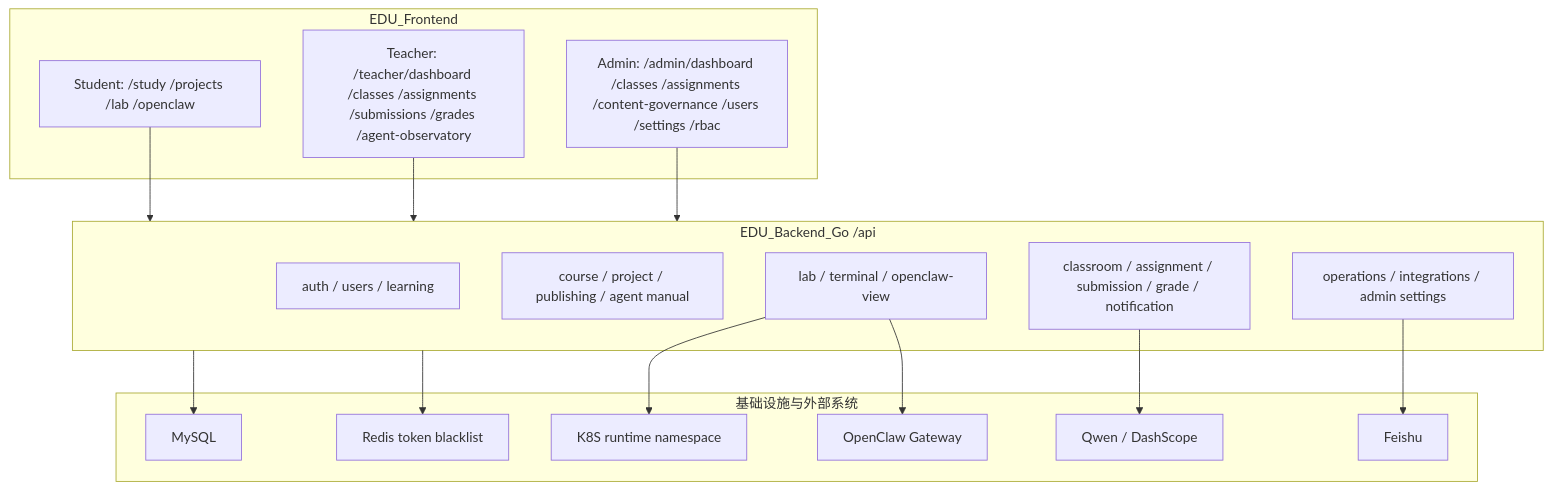
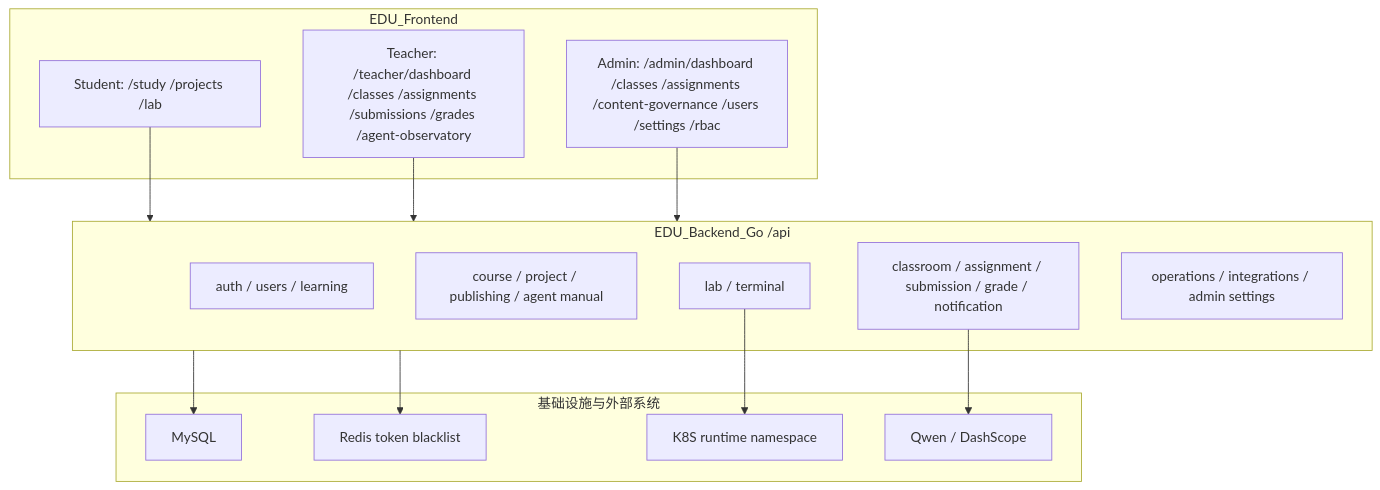
One commit to sospink/ai-edu-agent changed the diagram in docs/ARCHITECTURE.md. Above: the diagram before and after it, drawn with Mermaid. The commit also changed other lines of this file and 142 other files, not shown here.

Commit message:
refactor: retire OpenClaw module

````diff
--- a/docs/ARCHITECTURE.md
+++ b/docs/ARCHITECTURE.md
@@ -18,35 +18,31 @@
 ```mermaid
 flowchart TB
   subgraph FE["EDU_Frontend"]
-    Student["Student: /study /projects /lab /openclaw"]
+    Student["Student: /study /projects /lab"]
     Teacher["Teacher: /teacher/dashboard /classes /assignments /submissions /grades /agent-observatory"]
     Admin["Admin: /admin/dashboard /classes /assignments /content-governance /users /settings /rbac"]
   end
 
   subgraph API["EDU_Backend_Go /api"]
     Auth["auth / users / learning"]
     Content["course / project / publishing / agent manual"]
     Teaching["classroom / assignment / submission / grade / notification"]
-    Runtime["lab / terminal / openclaw-view"]
+    Runtime["lab / terminal"]
     Ops["operations / integrations / admin settings"]
   end
 
   subgraph Infra["基础设施与外部系统"]
     DB["MySQL"]
     Redis["Redis token blacklist"]
     K8S["K8S runtime namespace"]
-    OpenClaw["OpenClaw Gateway"]
     Qwen["Qwen / DashScope"]
-    Feishu["Feishu"]
   end
 
   Student --> API
   Teacher --> API
   Admin --> API
   API --> DB
   API --> Redis
   Runtime --> K8S
-  Runtime --> OpenClaw
   Teaching --> Qwen
-  Ops --> Feishu
 ```
````
